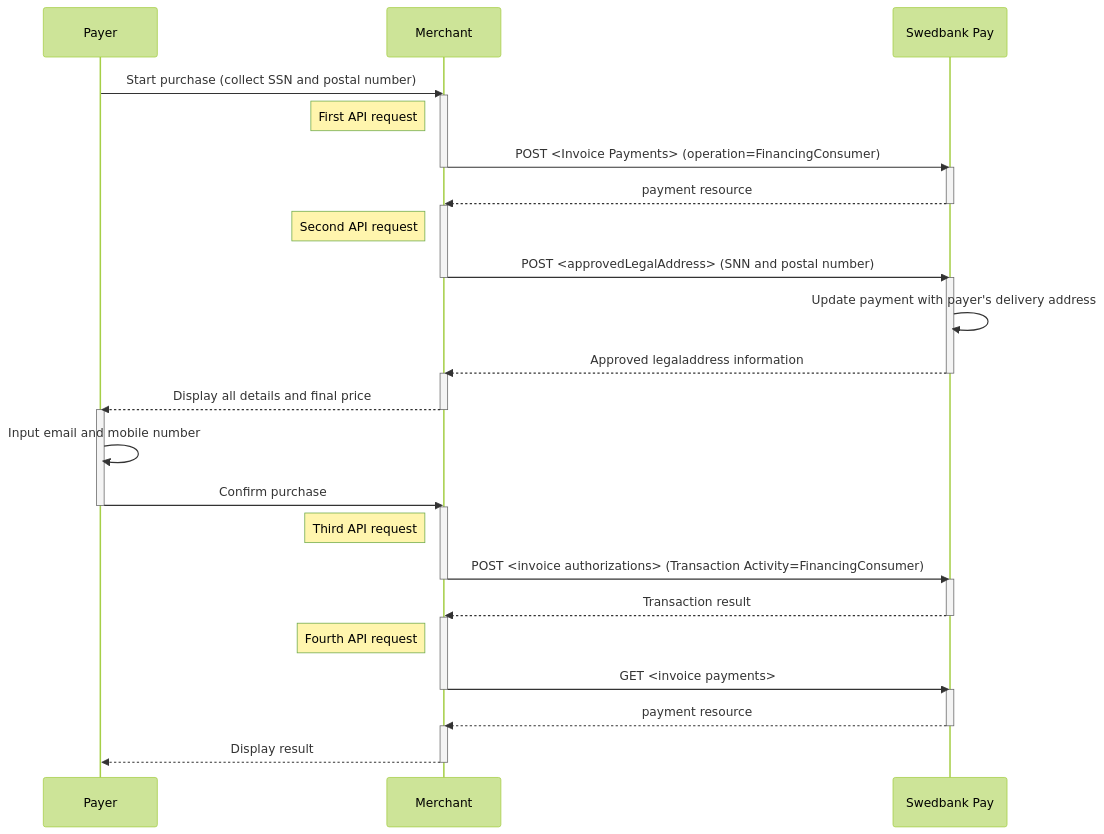
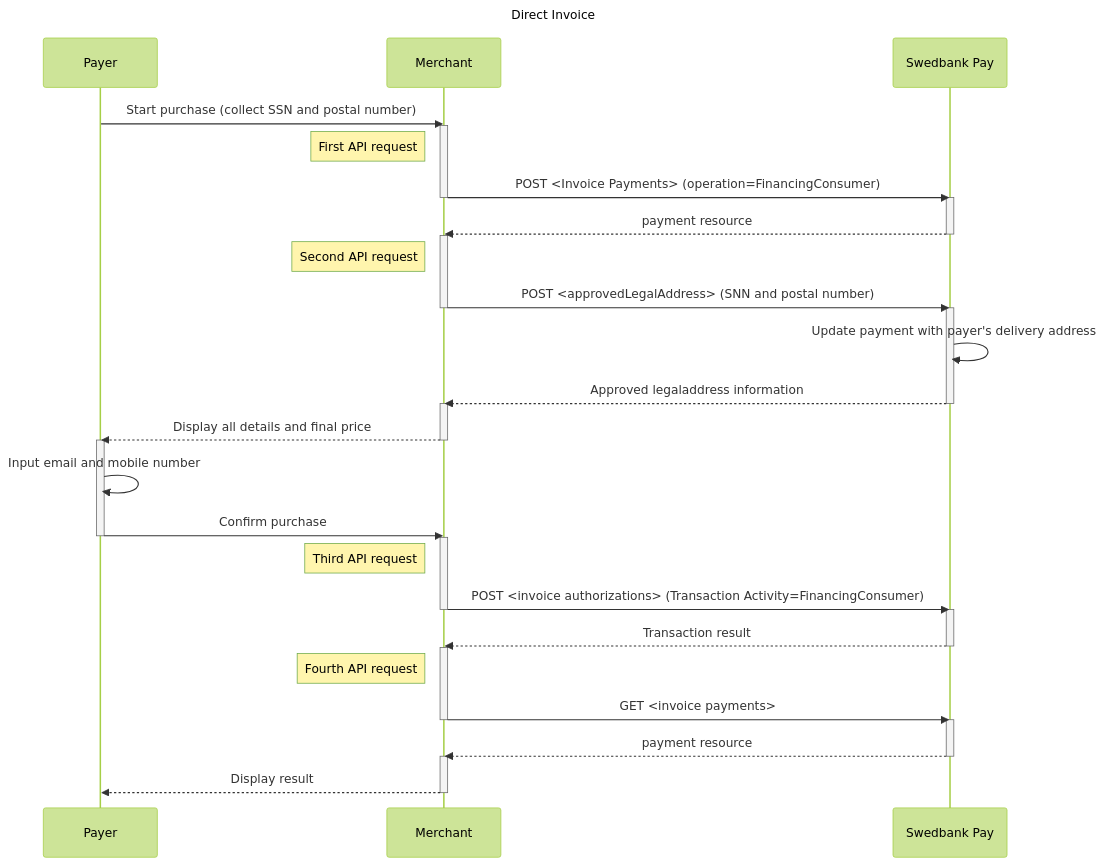
Before and after one commit to SwedbankPay/developer.swedbankpay.com: the diagram in old-implementations/payment-instruments-v1/invoice/direct.md, drawn with Mermaid (forest theme). The commit also changed 66 other files, not shown here.

Commit message:
Added titles in sequence diagrams

````diff
--- a/old-implementations/payment-instruments-v1/invoice/direct.md
+++ b/old-implementations/payment-instruments-v1/invoice/direct.md
@@ -799,33 +799,34 @@
 ```mermaid
 sequenceDiagram
+title: Direct Invoice
     Payer->>Merchant: Start purchase (collect SSN and postal number)
     activate Merchant
     note left of Merchant: First API request
     Merchant->>-Swedbank Pay: POST <Invoice Payments> (operation=FinancingConsumer)
     activate Swedbank Pay
     Swedbank Pay-->>-Merchant: payment resource
     activate Merchant
     note left of Merchant: Second API request
     Merchant->>-Swedbank Pay: POST <approvedLegalAddress> (SNN and postal number)
     activate Swedbank Pay
     Swedbank Pay->>Swedbank Pay: Update payment with payer's delivery address
     Swedbank Pay-->>-Merchant: Approved legaladdress information
     activate Merchant
     Merchant-->>-Payer: Display all details and final price
     activate Payer
     Payer->>Payer: Input email and mobile number
     Payer->>-Merchant: Confirm purchase
     activate Merchant
 
     note left of Merchant: Third API request
     Merchant->>-Swedbank Pay: POST <invoice authorizations> (Transaction Activity=FinancingConsumer)
     activate Swedbank Pay
     Swedbank Pay-->>-Merchant: Transaction result
     activate Merchant
     note left of Merchant: Fourth API request
     Merchant->>-Swedbank Pay: GET <invoice payments>
     activate Swedbank Pay
     Swedbank Pay-->>-Merchant: payment resource
     activate Merchant
     Merchant-->>-Payer: Display result
 ```
````
